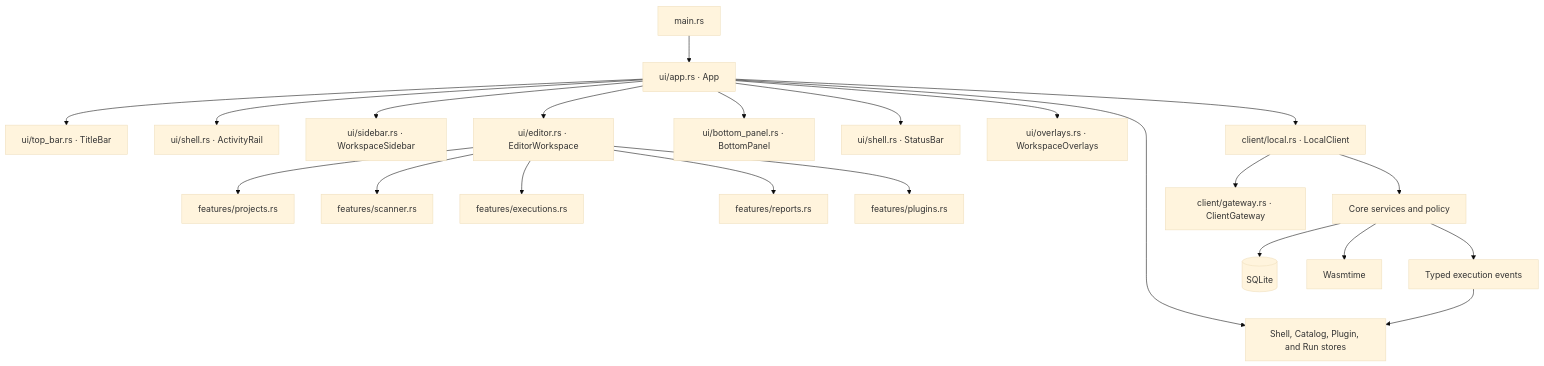
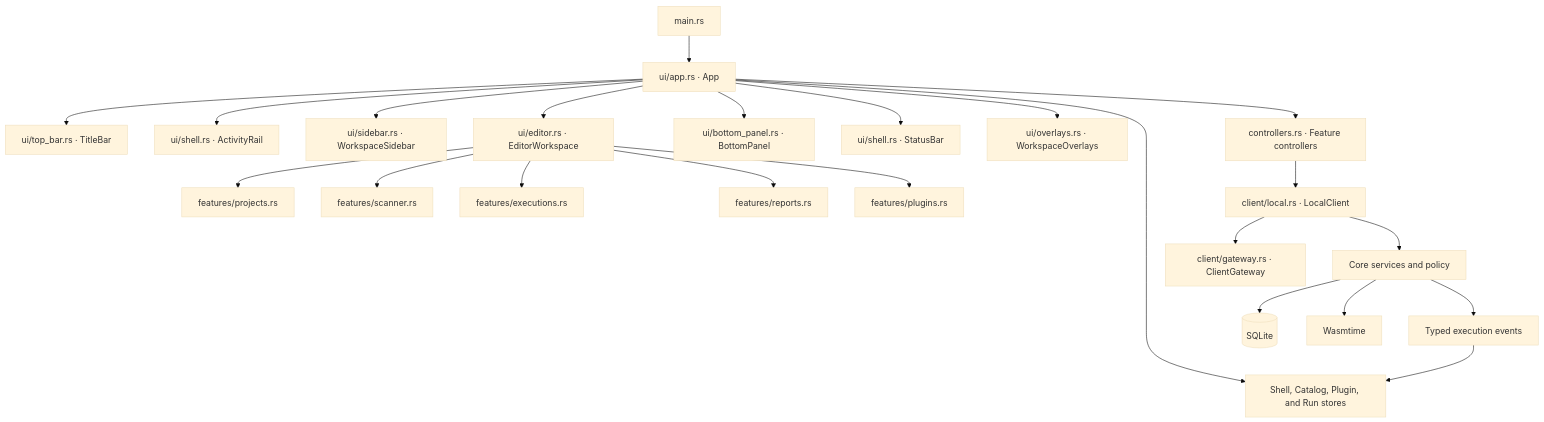
Before and after one commit to anonto42/poly.glid_security_workspace: the diagram in docs/architecture/DESKTOP_UI.md, drawn with Mermaid (base theme). The commit also changed other lines of this file and 50 other files, not shown here.

````diff
--- a/docs/architecture/DESKTOP_UI.md
+++ b/docs/architecture/DESKTOP_UI.md
@@ -61,26 +60,27 @@
 ```mermaid
 flowchart TD
     MAIN[main.rs] --> APP[ui/app.rs · App]
     APP --> TITLE[ui/top_bar.rs · TitleBar]
     APP --> RAIL[ui/shell.rs · ActivityRail]
     APP --> SIDE[ui/sidebar.rs · WorkspaceSidebar]
     APP --> EDITOR[ui/editor.rs · EditorWorkspace]
     APP --> BOTTOM[ui/bottom_panel.rs · BottomPanel]
     APP --> STATUS[ui/shell.rs · StatusBar]
     APP --> OVERLAYS[ui/overlays.rs · WorkspaceOverlays]
 
     EDITOR --> PROJECTS[features/projects.rs]
     EDITOR --> SCANNER[features/scanner.rs]
     EDITOR --> EXECUTIONS[features/executions.rs]
     EDITOR --> REPORTS[features/reports.rs]
     EDITOR --> PLUGINS[features/plugins.rs]
 
     APP --> STORES[Shell, Catalog, Plugin, and Run stores]
-    APP --> LOCAL[client/local.rs · LocalClient]
+    APP --> CONTROLLERS[controllers.rs · Feature controllers]
+    CONTROLLERS --> LOCAL[client/local.rs · LocalClient]
     LOCAL --> PORT[client/gateway.rs · ClientGateway]
     LOCAL --> CORE[Core services and policy]
     CORE --> SQLITE[(SQLite)]
     CORE --> WASM[Wasmtime]
     CORE --> EVENTS[Typed execution events]
     EVENTS --> STORES
 ```
````
